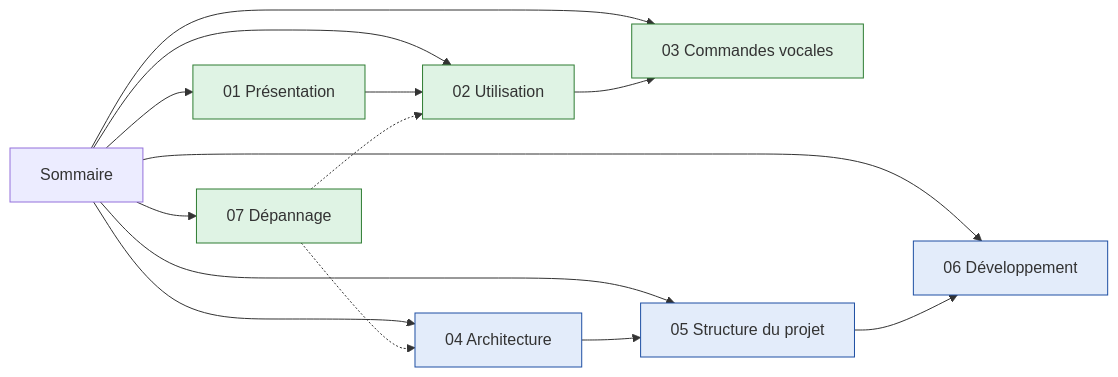
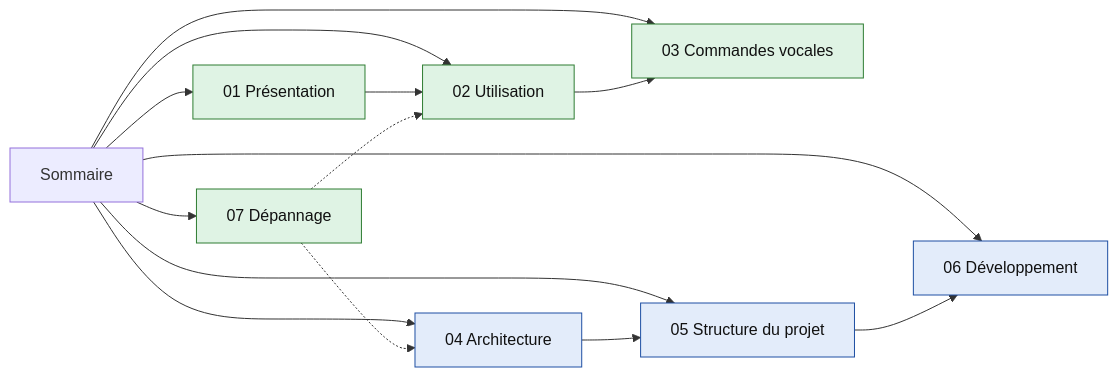
One commit to IIsalSaili/MotionZero changed the diagram in docs/guide/README.md. Above: the diagram before and after it, drawn with Mermaid. The commit also changed other lines of this file and 7 other files, not shown here.

````diff
--- a/docs/guide/README.md
+++ b/docs/guide/README.md
@@ -10,18 +10,18 @@
 ```mermaid
 flowchart LR
     R["Sommaire"] --> P1["01 Présentation"]
     R --> P2["02 Utilisation"]
     R --> P3["03 Commandes vocales"]
     R --> P4["04 Architecture"]
     R --> P5["05 Structure du projet"]
     R --> P6["06 Développement"]
     R --> P7["07 Dépannage"]
     P1 --> P2 --> P3
     P4 --> P5 --> P6
     P7 -.-> P2
     P7 -.-> P4
-    classDef user fill:#dff3e4,stroke:#2e7d32
-    classDef dev fill:#e3ecfa,stroke:#1e4fa3
+    classDef user fill:#dff3e4,stroke:#2e7d32,color:#111
+    classDef dev fill:#e3ecfa,stroke:#1e4fa3,color:#111
     class P1,P2,P3,P7 user
     class P4,P5,P6 dev
 ```
````
